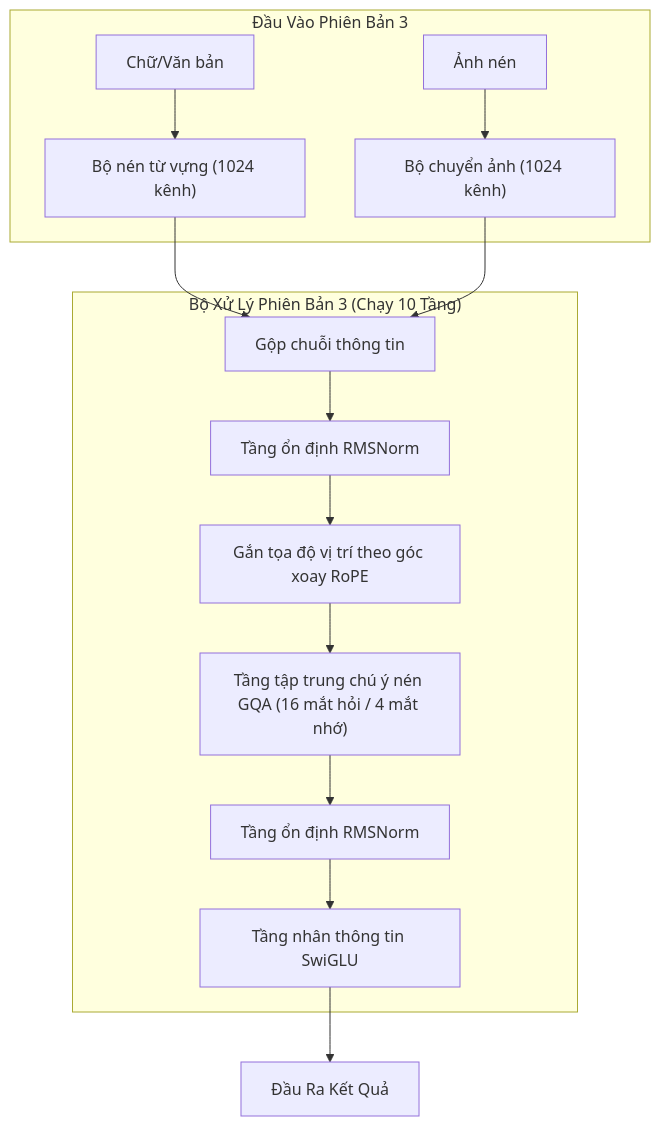
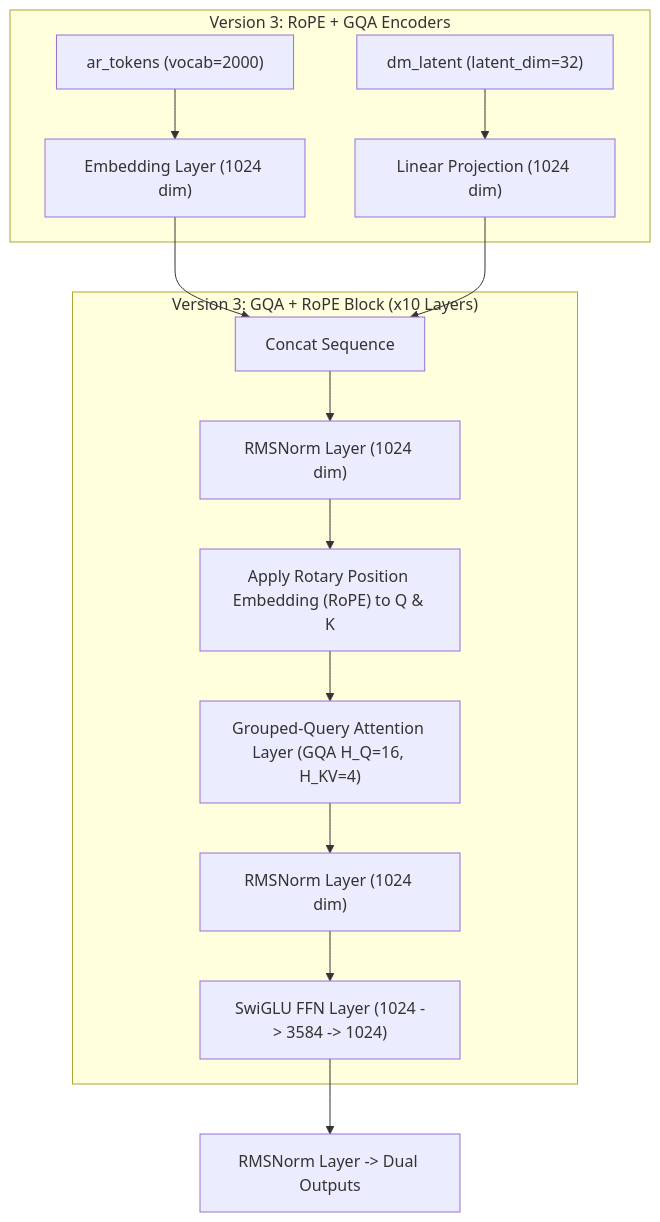
One commit to datascience180806/mini_cosmos changed the fourth of 8 diagrams in VERSION_COMPARISON.md. Above: the diagram before and after it, drawn with Mermaid. The commit also changed other lines of this file, not shown here.

Commit message:
Restore standard English AI/DL terms (Attention Layer, Embedding Layer, Transformer Block, SwiGLU FFN, RMSNorm, VRAM, Latency, Throughput) in report

````diff
--- a/VERSION_COMPARISON.md
+++ b/VERSION_COMPARISON.md
@@ -143,20 +141,20 @@
 ```mermaid
 flowchart TD
-    subgraph V3_INPUTS["Đầu Vào Phiên Bản 3"]
-        V3_AR["Chữ/Văn bản"] --> V3_EMB["Bộ nén từ vựng (1024 kênh)"]
-        V3_DM["Ảnh nén"] --> V3_PROJ["Bộ chuyển ảnh (1024 kênh)"]
+    subgraph V3_INPUTS["Version 3: RoPE + GQA Encoders"]
+        V3_AR["ar_tokens (vocab=2000)"] --> V3_EMB["Embedding Layer (1024 dim)"]
+        V3_DM["dm_latent (latent_dim=32)"] --> V3_PROJ["Linear Projection (1024 dim)"]
     end
 
-    V3_EMB --> V3_CAT["Gộp chuỗi thông tin"]
+    V3_EMB --> V3_CAT["Concat Sequence"]
     V3_PROJ --> V3_CAT
 
-    subgraph V3_BLOCKS["Bộ Xử Lý Phiên Bản 3 (Chạy 10 Tầng)"]
-        V3_CAT --> V3_RMS1["Tầng ổn định RMSNorm"]
-        V3_RMS1 --> V3_ROPE["Gắn tọa độ vị trí theo góc xoay RoPE"]
-        V3_ROPE --> V3_GQA["Tầng tập trung chú ý nén GQA (16 mắt hỏi / 4 mắt nhớ)"]
-        V3_GQA --> V3_RMS2["Tầng ổn định RMSNorm"]
-        V3_RMS2 --> V3_SWIGLU["Tầng nhân thông tin SwiGLU"]
+    subgraph V3_BLOCKS["Version 3: GQA + RoPE Block (x10 Layers)"]
+        V3_CAT --> V3_RMS1["RMSNorm Layer (1024 dim)"]
+        V3_RMS1 --> V3_ROPE["Apply Rotary Position Embedding (RoPE) to Q & K"]
+        V3_ROPE --> V3_GQA["Grouped-Query Attention Layer (GQA H_Q=16, H_KV=4)"]
+        V3_GQA --> V3_RMS2["RMSNorm Layer (1024 dim)"]
+        V3_RMS2 --> V3_SWIGLU["SwiGLU FFN Layer (1024 -> 3584 -> 1024)"]
     end
 
-    V3_SWIGLU --> V3_OUT["Đầu Ra Kết Quả"]
+    V3_SWIGLU --> V3_OUT["RMSNorm Layer -> Dual Outputs"]
 ```
````
